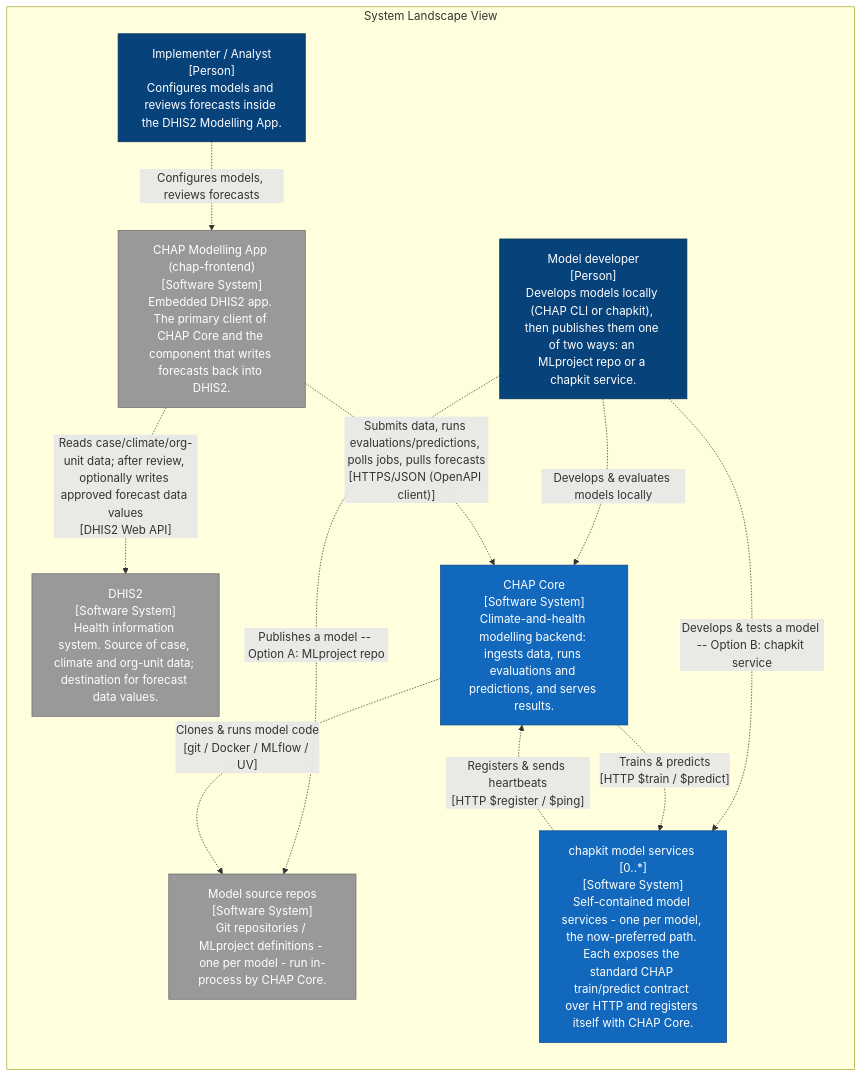
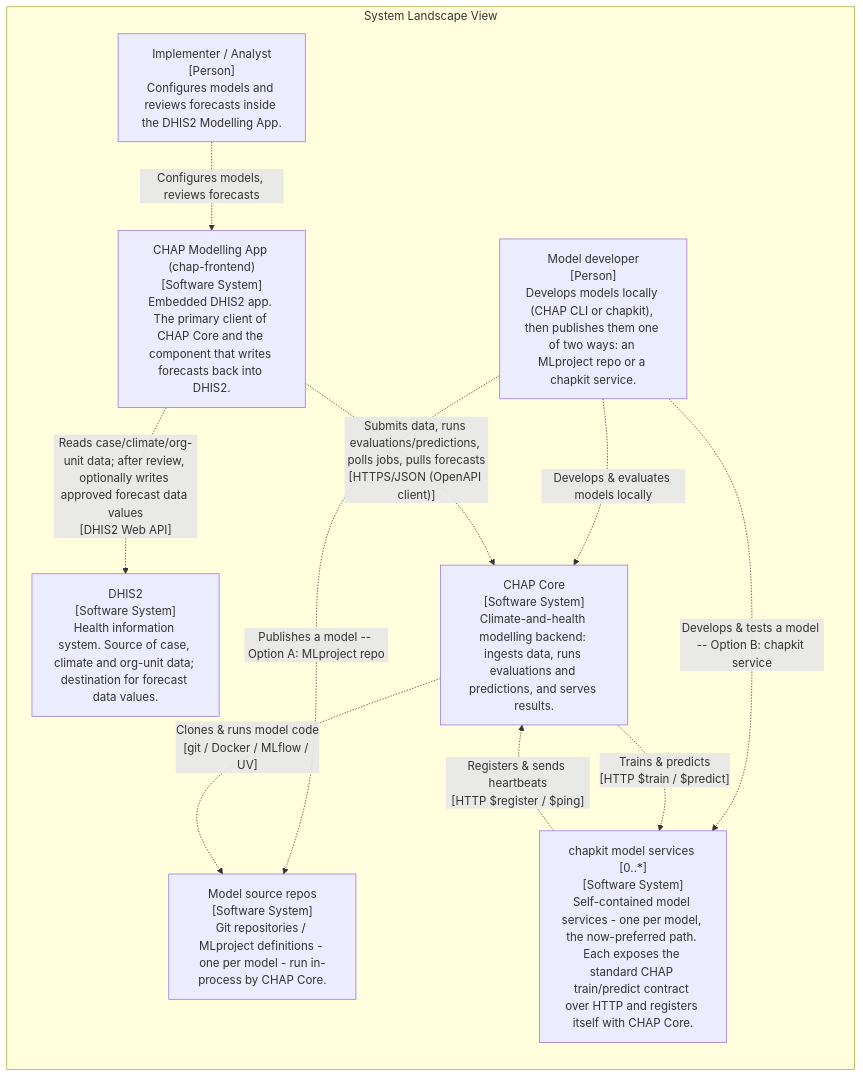
Before and after one commit to dhis2-chap/chap-core: the first of 9 diagrams in docs/contributor/architecture_model.md, drawn with Mermaid. The commit also changed other lines of this file and 1 other file, not shown here.

Commit message:
docs(architecture): drop hard-coded C4 colours so model diagrams follow the docs theme

````diff
--- a/docs/contributor/architecture_model.md
+++ b/docs/contributor/architecture_model.md
@@ -15,32 +15,25 @@
 ```mermaid
 graph LR
 
   subgraph diagram ["System Landscape View"]
 
     1["Implementer / Analyst<br/>[Person]<br/>Configures models and reviews forecasts inside the DHIS2 Modelling App."]
-    style 1 fill:#08427b,stroke:#052e56,color:#ffffff
     19["chapkit model services [0..*]<br/>[Software System]<br/>Self-contained model services - one per model, the now-preferred path. Each exposes the standard CHAP train/predict contract over HTTP and registers itself with CHAP Core."]
-    style 19 fill:#1168bd,stroke:#0b4884,color:#ffffff
     2["Model developer<br/>[Person]<br/>Develops models locally (CHAP CLI or chapkit), then publishes them one of two ways: an MLproject repo or a chapkit service."]
-    style 2 fill:#08427b,stroke:#052e56,color:#ffffff
     3["DHIS2<br/>[Software System]<br/>Health information system. Source of case, climate and org-unit data; destination for forecast data values."]
-    style 3 fill:#999999,stroke:#6b6b6b,color:#ffffff
     4["CHAP Modelling App (chap-frontend)<br/>[Software System]<br/>Embedded DHIS2 app. The primary client of CHAP Core and the component that writes forecasts back into DHIS2."]
-    style 4 fill:#999999,stroke:#6b6b6b,color:#ffffff
     5["Model source repos<br/>[Software System]<br/>Git repositories / MLproject definitions - one per model - run in-process by CHAP Core."]
-    style 5 fill:#999999,stroke:#6b6b6b,color:#ffffff
     6["CHAP Core<br/>[Software System]<br/>Climate-and-health modelling backend: ingests data, runs evaluations and predictions, and serves results."]
-    style 6 fill:#1168bd,stroke:#0b4884,color:#ffffff
 
     1-. "Configures models, reviews forecasts" .->4
     2-. "Develops & evaluates models locally" .->6
     2-. "Publishes a model -- Option A: MLproject repo" .->5
     2-. "Develops & tests a model -- Option B: chapkit service" .->19
     4-. "Reads case/climate/org-unit data; after review, optionally writes approved forecast data values<br/>[DHIS2 Web API]" .->3
     4-. "Submits data, runs evaluations/predictions, polls jobs, pulls forecasts<br/>[HTTPS/JSON (OpenAPI client)]" .->6
     6-. "Clones & runs model code<br/>[git / Docker / MLflow / UV]" .->5
     6-. "Trains & predicts<br/>[HTTP $train / $predict]" .->19
     19-. "Registers & sends heartbeats<br/>[HTTP $register / $ping]" .->6
 
   end
 ```
````
